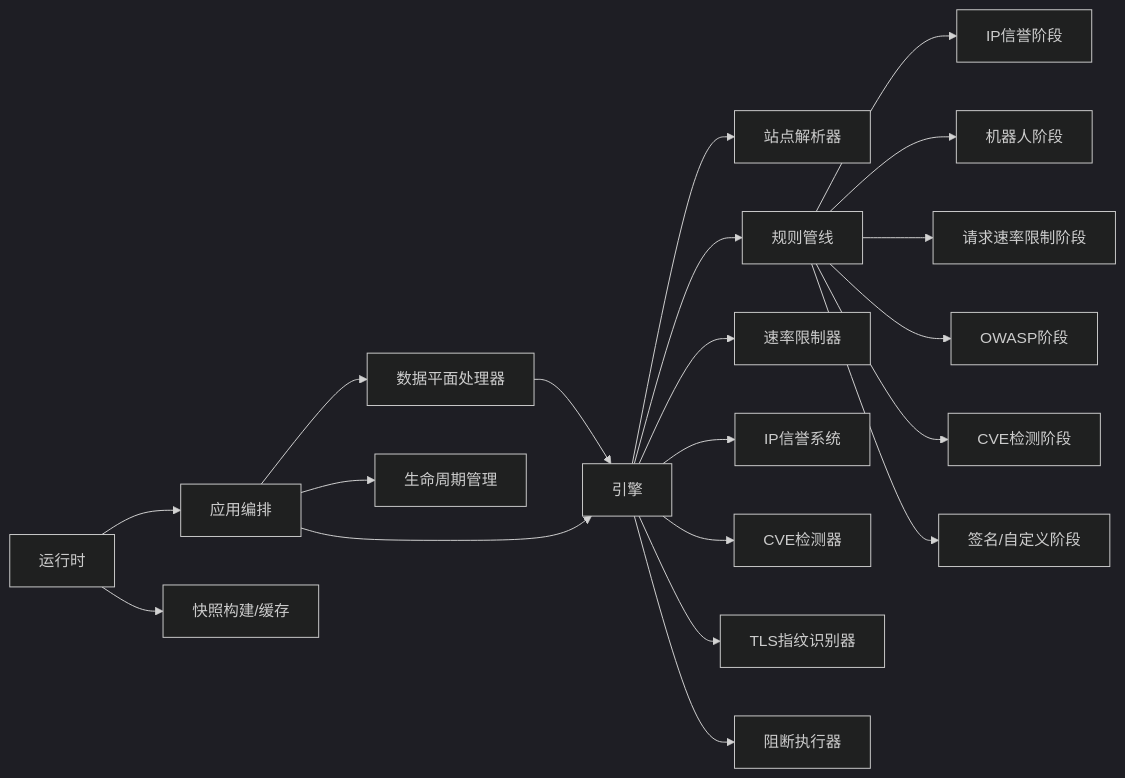
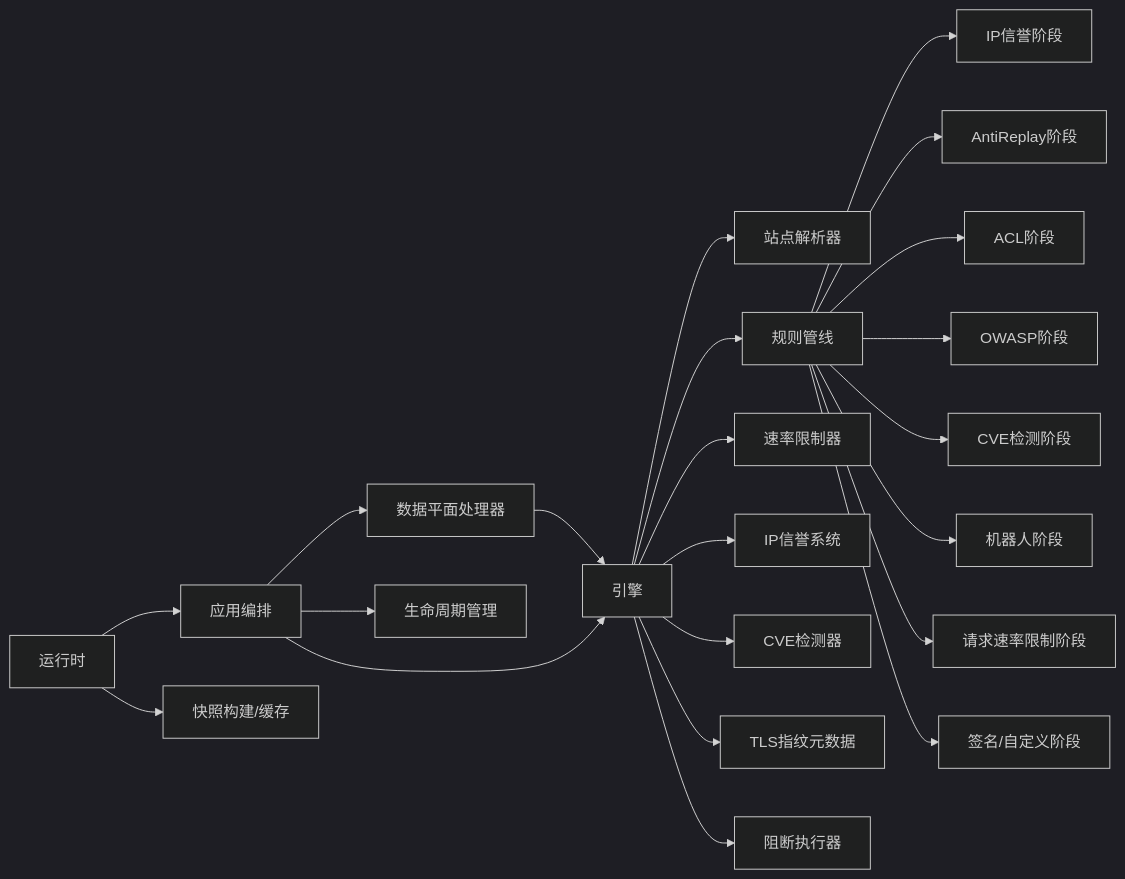
One commit to x01n/My-OpenWaf changed diagram 12 of 12 in docs/WAF 引擎系统/WAF 引擎系统.md. Above: the diagram before and after it, drawn with Mermaid (dark theme). The commit also changed other lines of this file and 354 other files, not shown here.

````diff
--- a/docs/WAF 引擎系统/WAF 引擎系统.md
+++ b/docs/WAF 引擎系统/WAF 引擎系统.md
@@ -586,22 +591,24 @@
 ```mermaid
 graph LR
 DP["数据平面处理器"] --> ENG["引擎"]
 ENG --> RES["站点解析器"]
 ENG --> PIPE["规则管线"]
 PIPE --> PH1["IP信誉阶段"]
-PIPE --> PH2["机器人阶段"]
-PIPE --> PH3["请求速率限制阶段"]
+PIPE --> PH2["AntiReplay阶段"]
+PIPE --> PH3["ACL阶段"]
 PIPE --> PH4["OWASP阶段"]
 PIPE --> PH5["CVE检测阶段"]
-PIPE --> PH6["签名/自定义阶段"]
+PIPE --> PH6["机器人阶段"]
+PIPE --> PH7["请求速率限制阶段"]
+PIPE --> PH8["签名/自定义阶段"]
 ENG --> RL["速率限制器"]
 ENG --> IR["IP信誉系统"]
 ENG --> CVE["CVE检测器"]
-ENG --> FP["TLS指纹识别器"]
+ENG --> FP["TLS指纹元数据"]
 ENG --> DE["阻断执行器"]
 APP["应用编排"] --> DP
 APP --> ENG
 APP --> LIFE["生命周期管理"]
 RUNTIME["运行时"] --> APP
 RUNTIME --> SNAP["快照构建/缓存"]
 ```
````
